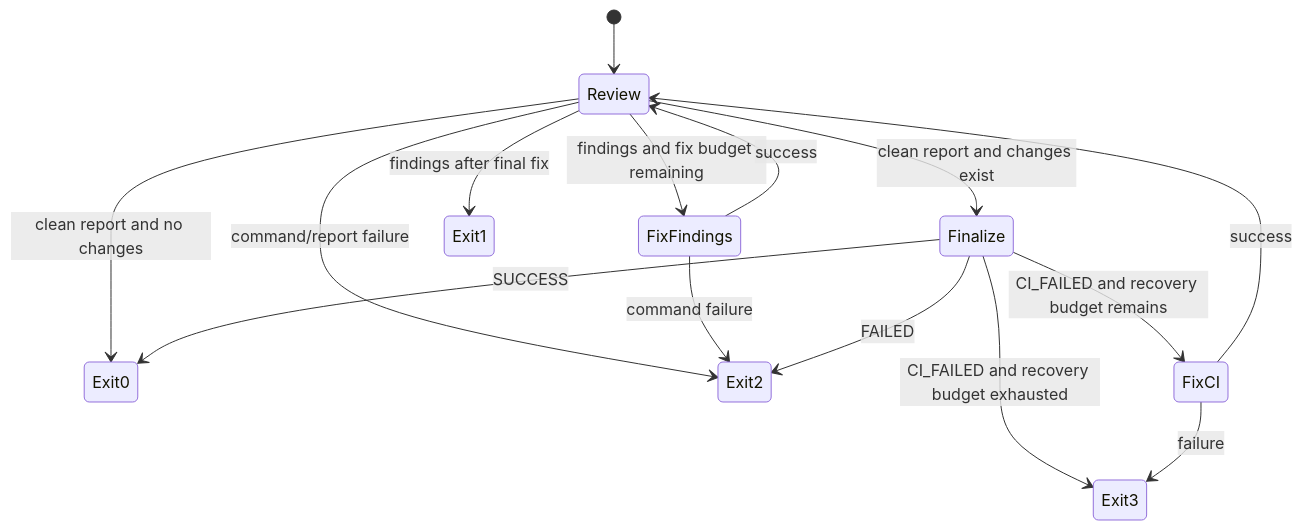
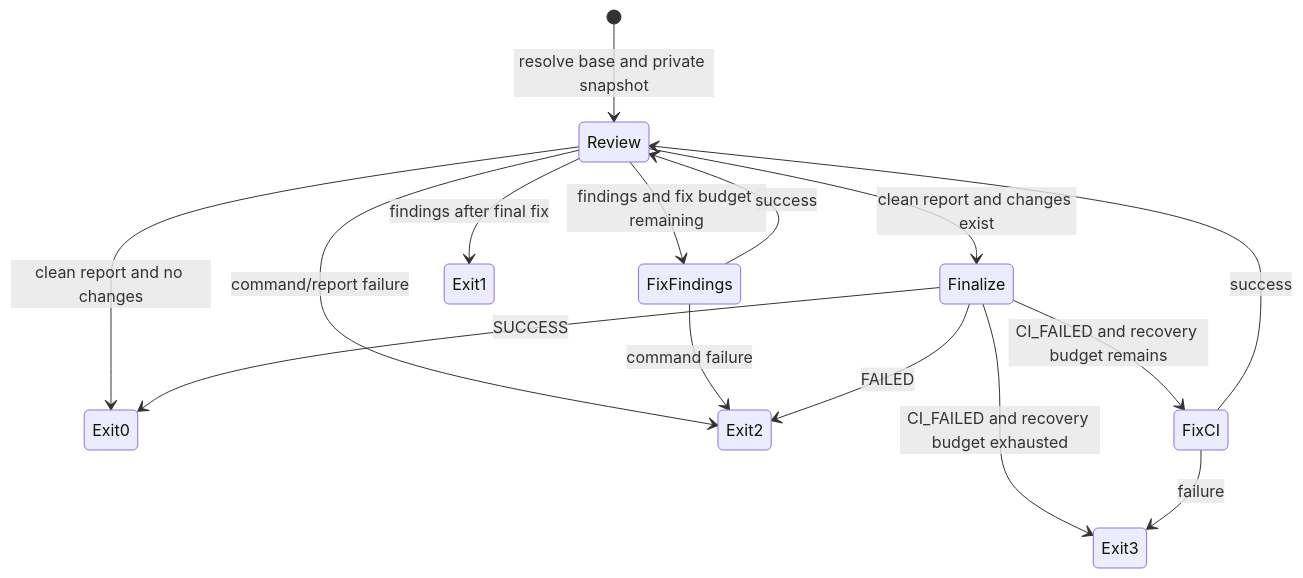
One commit to dapi/code-converge changed the diagram in memory-bank/domain/states.md. Above: the diagram before and after it, drawn with Mermaid. The commit also changed 19 other files, not shown here.

````diff
--- a/memory-bank/domain/states.md
+++ b/memory-bank/domain/states.md
@@ -18,17 +18,17 @@
 ```mermaid
 stateDiagram-v2
-  [*] --> Review
+  [*] --> Review: resolve base and private snapshot
   Review --> FixFindings: findings and fix budget remaining
   FixFindings --> Review: success
   Review --> Finalize: clean report and changes exist
   Review --> Exit0: clean report and no changes
   Review --> Exit1: findings after final fix
   Review --> Exit2: command/report failure
   FixFindings --> Exit2: command failure
   Finalize --> Exit0: SUCCESS
   Finalize --> FixCI: CI_FAILED and recovery budget remains
   Finalize --> Exit3: CI_FAILED and recovery budget exhausted
   Finalize --> Exit2: FAILED
   FixCI --> Review: success
   FixCI --> Exit3: failure
 ```
````
